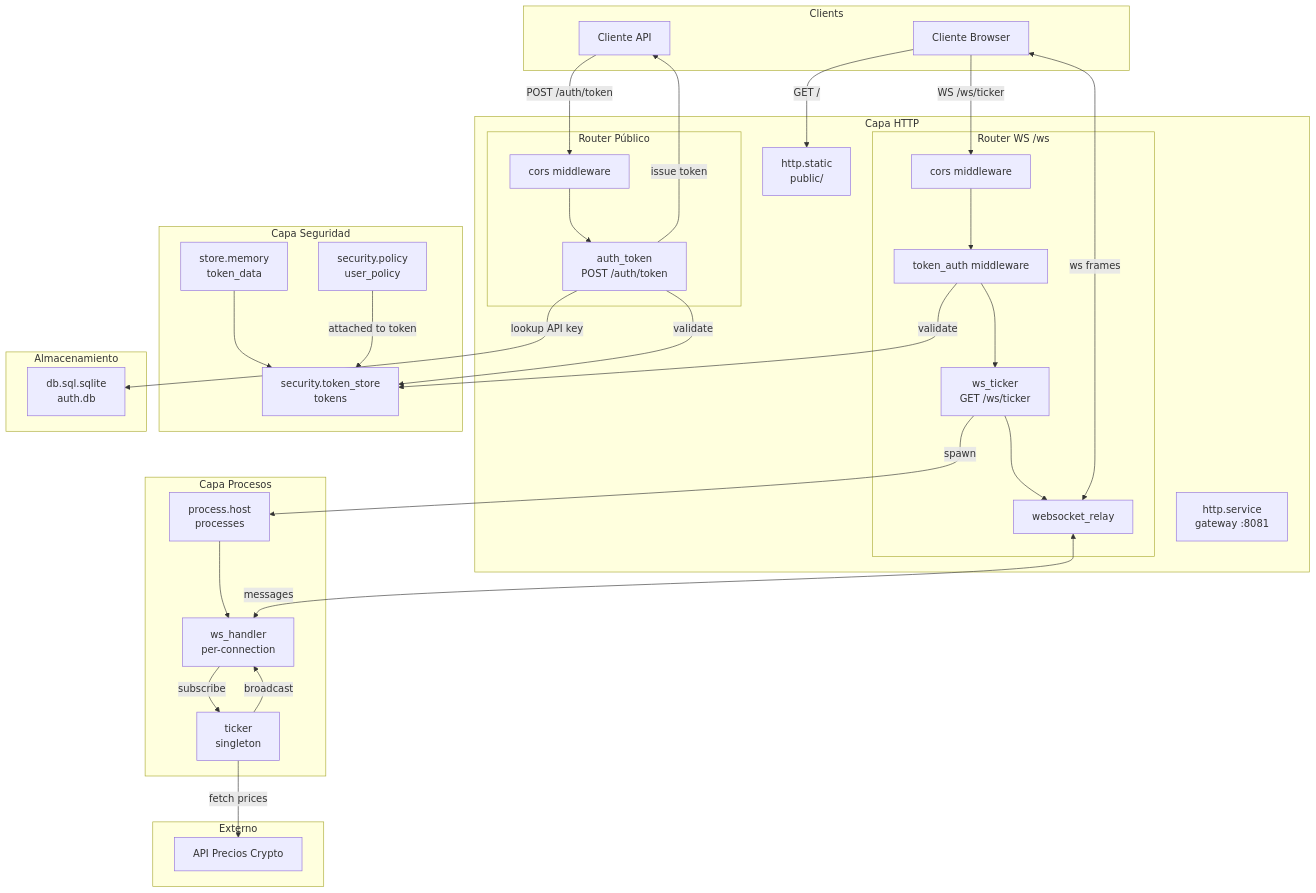
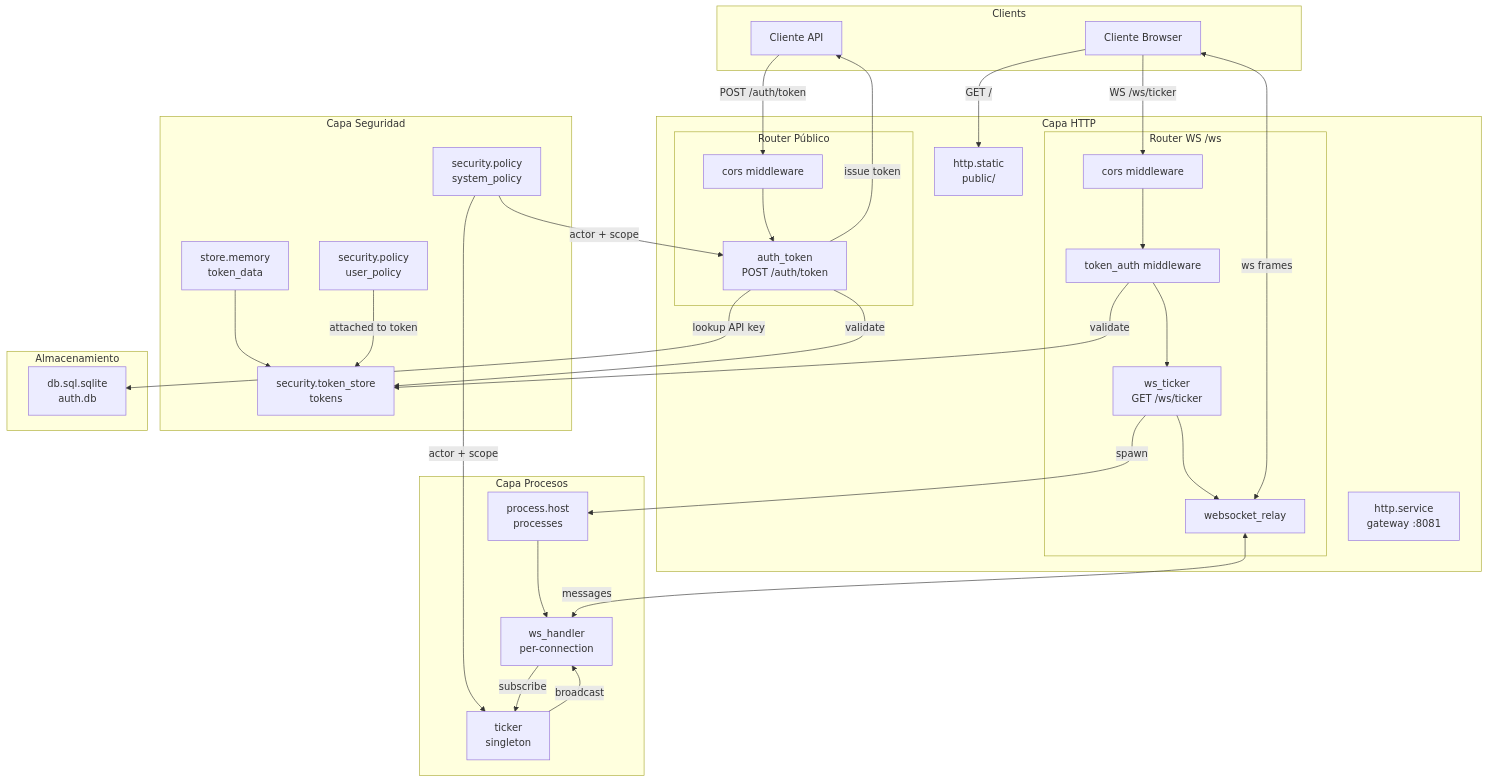
Before and after one commit to wippyai/docs: the diagram in es/tutorials/auth.md, drawn with Mermaid. The commit also changed other lines of this file and 143 other files, not shown here.

````diff
--- a/es/tutorials/auth.md
+++ b/es/tutorials/auth.md
@@ -36,78 +36,74 @@
 ```mermaid
 flowchart TB
     subgraph Clients
         Browser[Cliente Browser]
         API[Cliente API]
     end
 
     subgraph "Capa HTTP"
         Server[http.service<br/>gateway :8081]
         Static[http.static<br/>public/]
 
         subgraph "Router Público"
             CORS1[cors middleware]
             AuthEndpoint[auth_token<br/>POST /auth/token]
         end
 
         subgraph "Router WS /ws"
             CORS2[cors middleware]
             TokenAuth[token_auth middleware]
             WSEndpoint[ws_ticker<br/>GET /ws/ticker]
             WSRelay[websocket_relay]
         end
     end
 
     subgraph "Capa Seguridad"
         TokenStore[security.token_store<br/>tokens]
         Policy[security.policy<br/>user_policy]
+        SysPolicy[security.policy<br/>system_policy]
         MemStore[store.memory<br/>token_data]
     end
 
     subgraph "Almacenamiento"
         DB[db.sql.sqlite<br/>auth.db]
     end
 
     subgraph "Capa Procesos"
         Supervisor[process.host<br/>processes]
         WSHandler[ws_handler<br/>per-connection]
         Ticker[ticker<br/>singleton]
-    end
-
-    subgraph "Externo"
-        CryptoAPI[API Precios Crypto]
     end
 
     %% Conexiones de cliente
     Browser -->|"GET /"| Static
     API -->|"POST /auth/token"| CORS1
     Browser -->|"WS /ws/ticker"| CORS2
 
     %% Flujo API
     CORS1 --> AuthEndpoint
     AuthEndpoint -->|validate| TokenStore
     AuthEndpoint -->|"issue token"| API
 
     %% Flujo WS
     CORS2 --> TokenAuth
     TokenAuth -->|validate| TokenStore
     TokenAuth --> WSEndpoint
     WSEndpoint -->|spawn| Supervisor
     Supervisor --> WSHandler
     WSEndpoint --> WSRelay
     WSRelay <-->|"messages"| WSHandler
 
     %% Dependencias del almacén de tokens
     MemStore --> TokenStore
     Policy -->|attached to token| TokenStore
+    SysPolicy -->|"actor + scope"| AuthEndpoint
+    SysPolicy -->|"actor + scope"| Ticker
 
     %% Auth usa DB para API keys
     AuthEndpoint -->|lookup API key| DB
 
     %% Comunicación entre procesos
     WSHandler -->|subscribe| Ticker
     Ticker -->|broadcast| WSHandler
     WSRelay <-->|"ws frames"| Browser
-
-    %% Externo
-    Ticker -->|fetch prices| CryptoAPI
 ```
````
